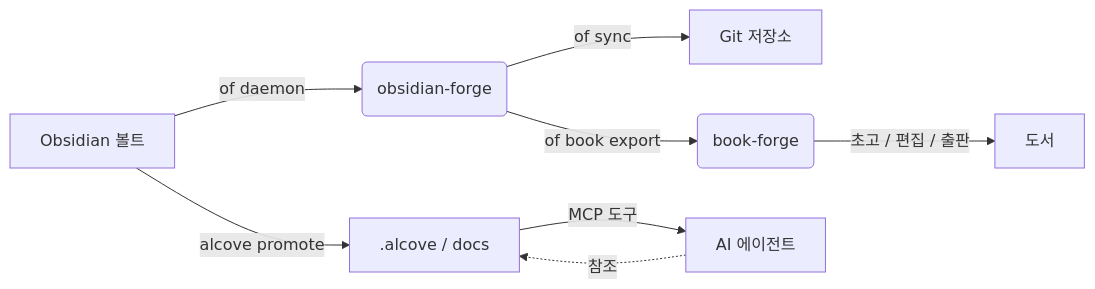
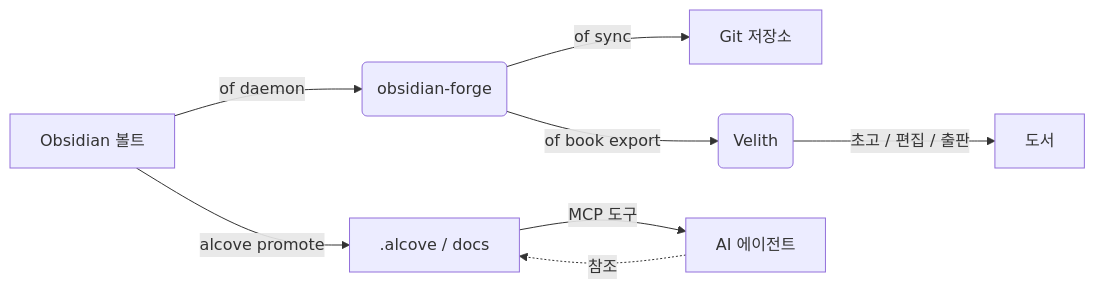
Before and after one commit to epicsagas/obsidian-forge: the diagram in docs/README_ko.md, drawn with Mermaid. The commit also changed other lines of this file and 12 other files, not shown here.

First line of the commit message:
fix: rename all book-forge references to Velith

````diff
--- a/docs/README_ko.md
+++ b/docs/README_ko.md
@@ -341,10 +341,10 @@
 ```mermaid
 graph LR
     A[Obsidian 볼트] -->|of daemon| B(obsidian-forge)
     B -->|of sync| C[Git 저장소]
     A -->|alcove promote| D[.alcove / docs]
     D -->|MCP 도구| E[AI 에이전트]
     E -.->|참조| D
-    B -->|of book export| F(book-forge)
+    B -->|of book export| F(Velith)
     F -->|초고 / 편집 / 출판| G[도서]
 ```
````
